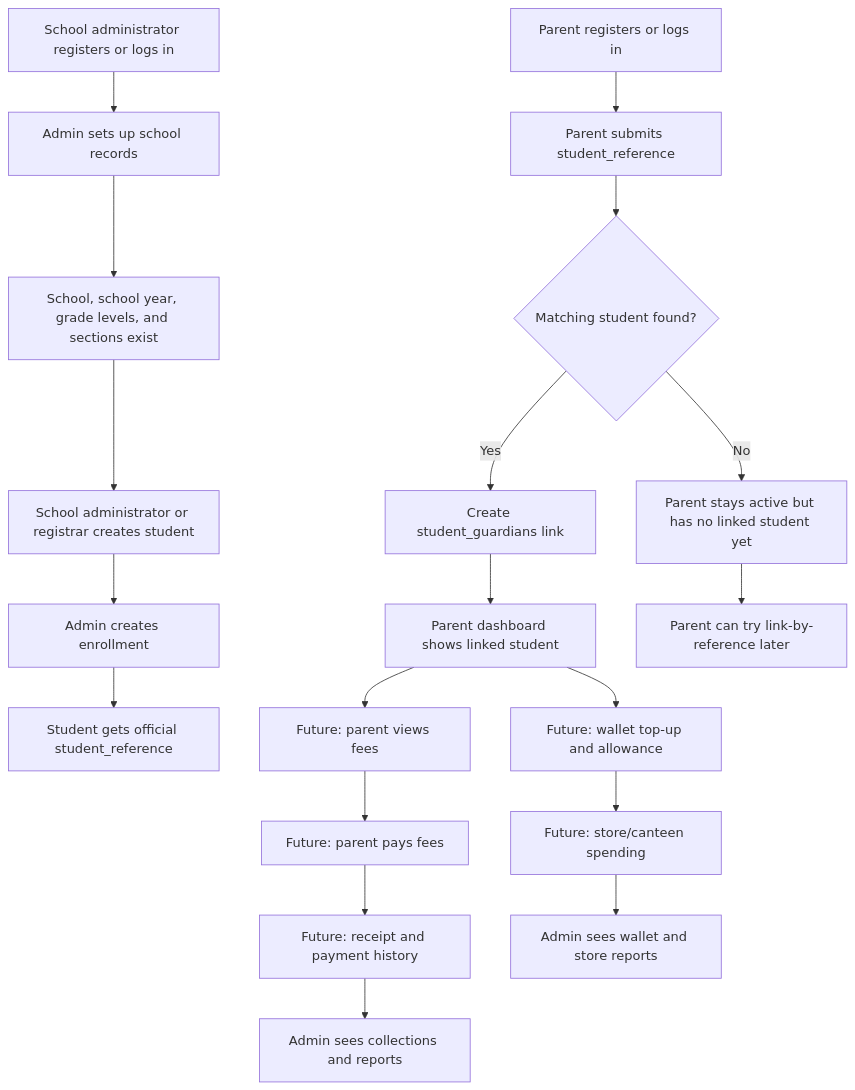
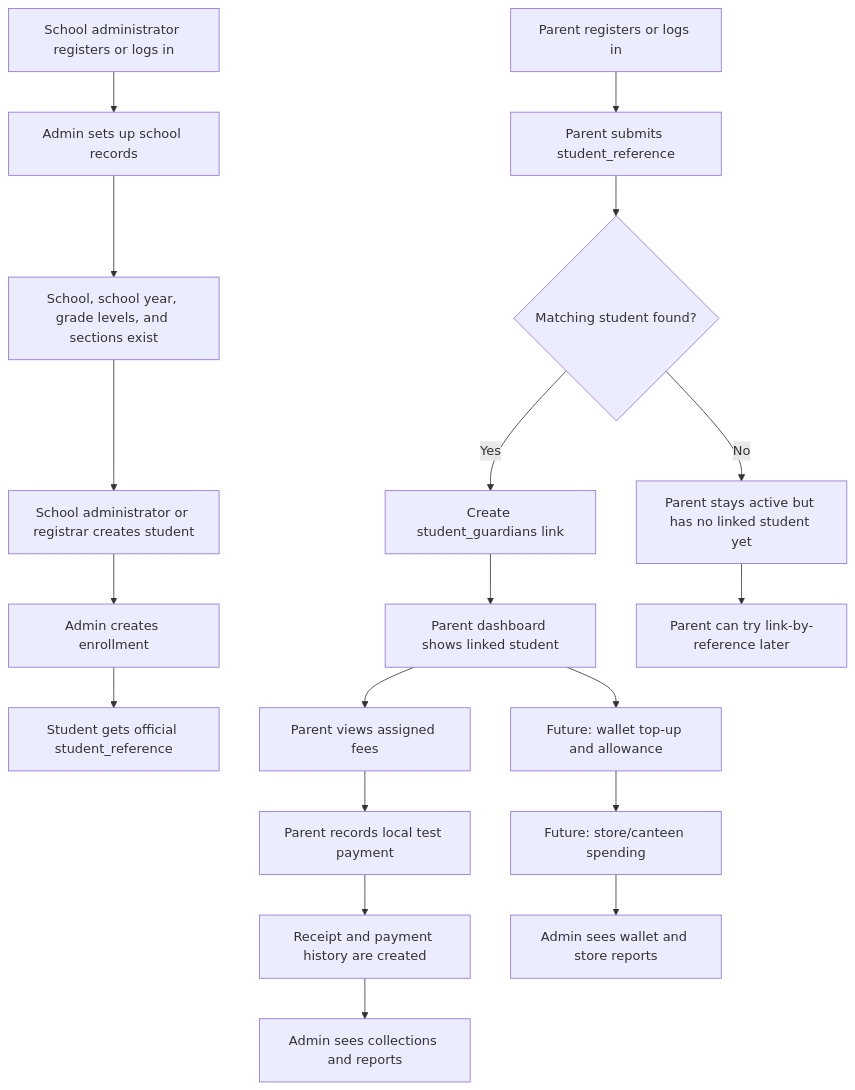
One commit to Xeyn19/xmetapay changed the first of 14 diagrams in docs/PROJECT_FLOWCHARTS.md. Above: the diagram before and after it, drawn with Mermaid. The commit also changed other lines of this file and 16 other files, not shown here.

````diff
--- a/docs/PROJECT_FLOWCHARTS.md
+++ b/docs/PROJECT_FLOWCHARTS.md
@@ -57,24 +61,24 @@
 ```mermaid
 flowchart TD
   A["School administrator registers or logs in"] --> B["Admin sets up school records"]
   B --> C["School, school year, grade levels, and sections exist"]
   C --> D["School administrator or registrar creates student"]
   D --> E["Admin creates enrollment"]
   E --> F["Student gets official student_reference"]
 
   G["Parent registers or logs in"] --> H["Parent submits student_reference"]
   H --> I{"Matching student found?"}
   I -->|Yes| J["Create student_guardians link"]
   I -->|No| K["Parent stays active but has no linked student yet"]
   J --> L["Parent dashboard shows linked student"]
   K --> M["Parent can try link-by-reference later"]
 
-  L --> N["Future: parent views fees"]
-  N --> O["Future: parent pays fees"]
-  O --> P["Future: receipt and payment history"]
+  L --> N["Parent views assigned fees"]
+  N --> O["Parent records local test payment"]
+  O --> P["Receipt and payment history are created"]
   L --> Q["Future: wallet top-up and allowance"]
   Q --> R["Future: store/canteen spending"]
 
   P --> S["Admin sees collections and reports"]
   R --> T["Admin sees wallet and store reports"]
 ```
````
